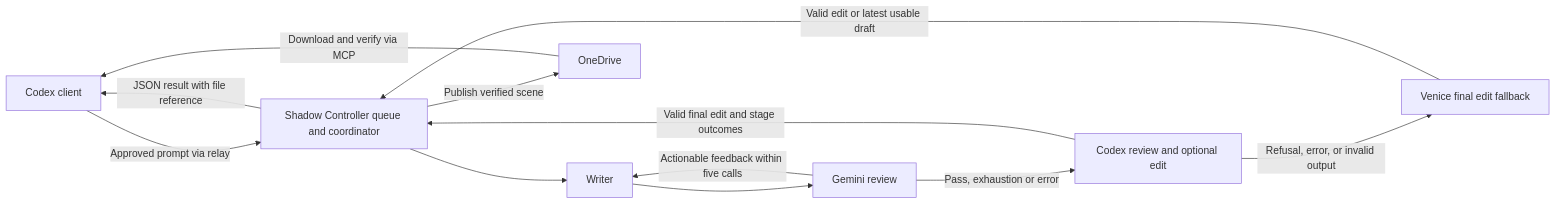
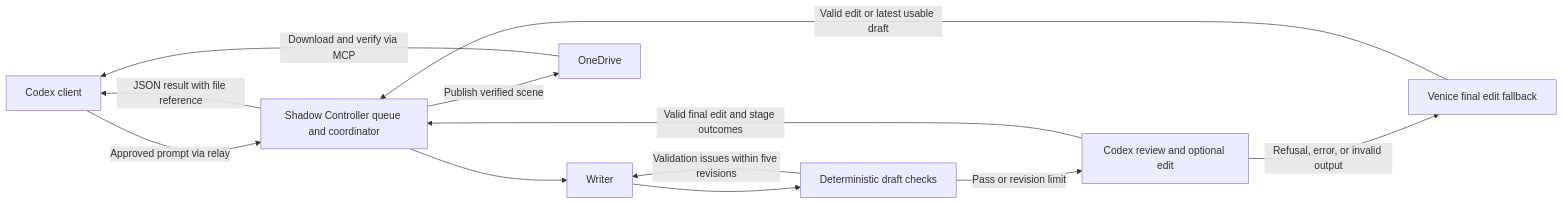
One commit to DRincs-Productions/LM-Studio changed diagram 12 of 12 in README.md. Above: the diagram before and after it, drawn with Mermaid. The commit also changed other lines of this file and 12 other files, not shown here.

````diff
--- a/README.md
+++ b/README.md
@@ -560,14 +560,14 @@
 ```mermaid
 flowchart LR
     A[Codex client] -->|Approved prompt via relay| S[Shadow Controller queue and coordinator]
     S --> W[Writer]
-    W --> G[Gemini review]
-    G -->|Actionable feedback within five calls| W
-    G -->|Pass, exhaustion or error| C[Codex review and optional edit]
+    W --> G[Deterministic draft checks]
+    G -->|Validation issues within five revisions| W
+    G -->|Pass or revision limit| C[Codex review and optional edit]
     C -->|Valid final edit and stage outcomes| S
     C -->|Refusal, error, or invalid output| V[Venice final edit fallback]
     V -->|Valid edit or latest usable draft| S
     S -->|Publish verified scene| O[OneDrive]
     S -->|JSON result with file reference| A
     O -->|Download and verify via MCP| A
 ```
````
